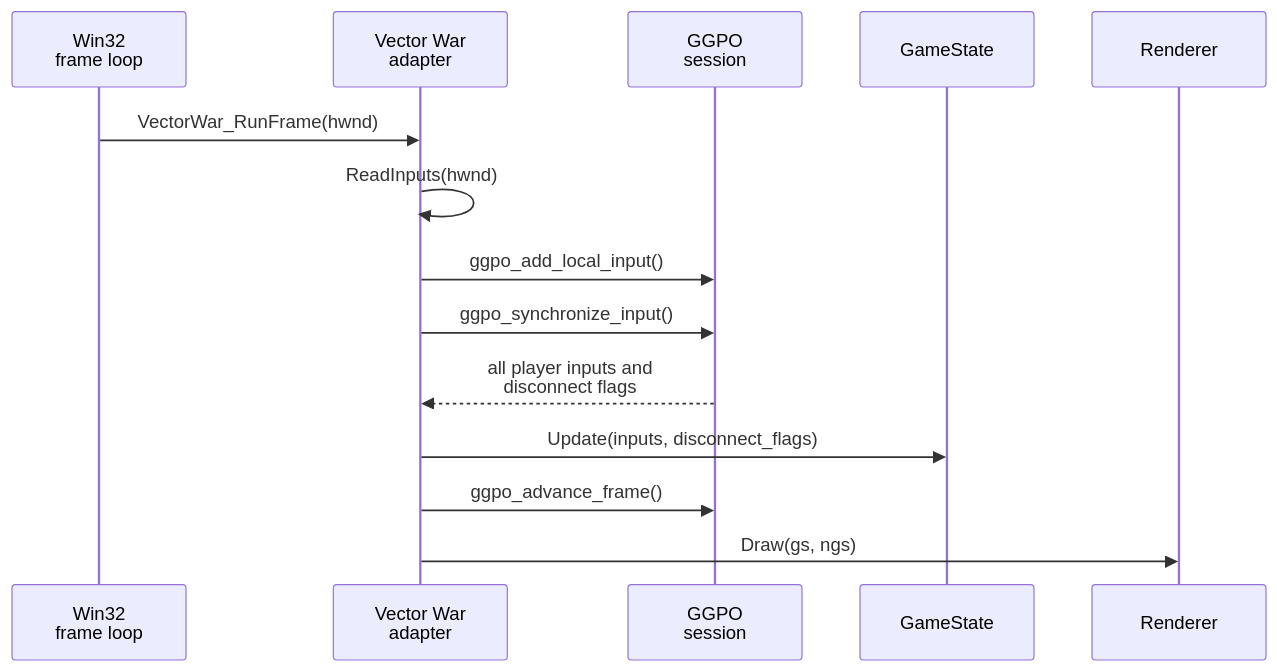
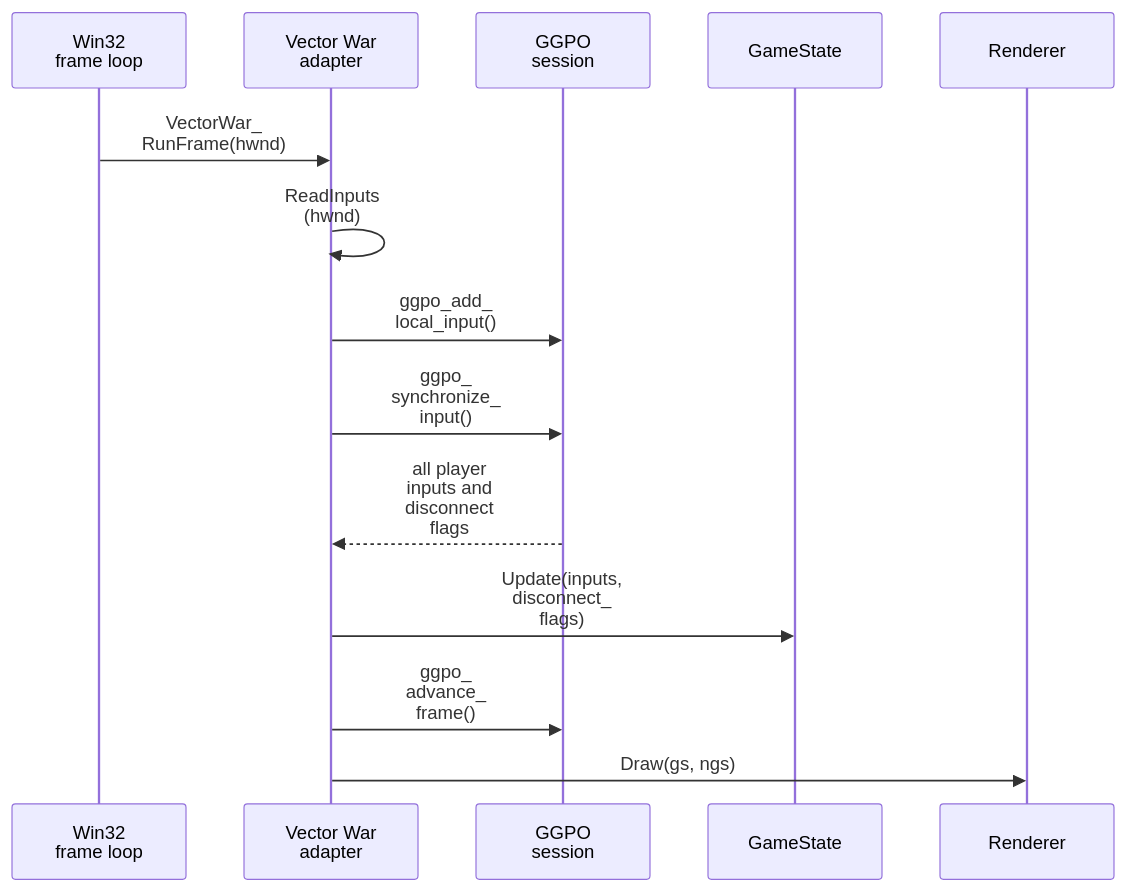
The fourth of 7 diagrams in doc/architecture/VectorWar.md (irregularthanis/ggpo-next), drawn with Mermaid before and after one commit. The commit also changed other lines of this file and 8 other files, not shown here.

Commit message:
docs: tighten all architecture diagram wrapping

````diff
--- a/doc/architecture/VectorWar.md
+++ b/doc/architecture/VectorWar.md
@@ -178,17 +178,17 @@
 ```mermaid
 sequenceDiagram
     participant MainLoop as Win32<br/>frame loop
     participant VW as Vector War<br/>adapter
     participant GGPO as GGPO<br/>session
     participant GS as GameState
     participant Draw as Renderer
 
-    MainLoop->>VW: VectorWar_RunFrame(hwnd)
-    VW->>VW: ReadInputs(hwnd)
-    VW->>GGPO: ggpo_add_local_input()
-    VW->>GGPO: ggpo_synchronize_input()
-    GGPO-->>VW: all player inputs and<br/>disconnect flags
-    VW->>GS: Update(inputs, disconnect_flags)
-    VW->>GGPO: ggpo_advance_frame()
+    MainLoop->>VW: VectorWar_<br/>RunFrame(hwnd)
+    VW->>VW: ReadInputs<br/>(hwnd)
+    VW->>GGPO: ggpo_add_<br/>local_input()
+    VW->>GGPO: ggpo_<br/>synchronize_<br/>input()
+    GGPO-->>VW: all player<br/>inputs and<br/>disconnect<br/>flags
+    VW->>GS: Update(inputs,<br/>disconnect_<br/>flags)
+    VW->>GGPO: ggpo_<br/>advance_<br/>frame()
     VW->>Draw: Draw(gs, ngs)
 ```
````
